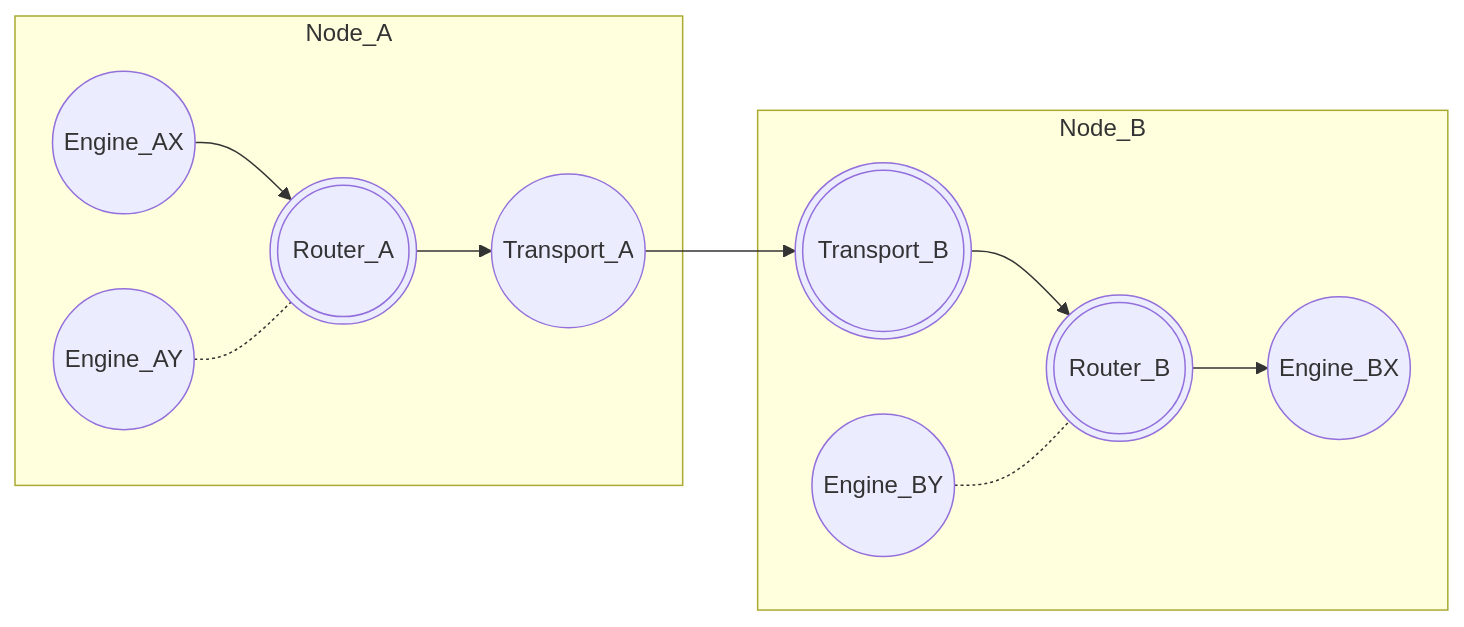
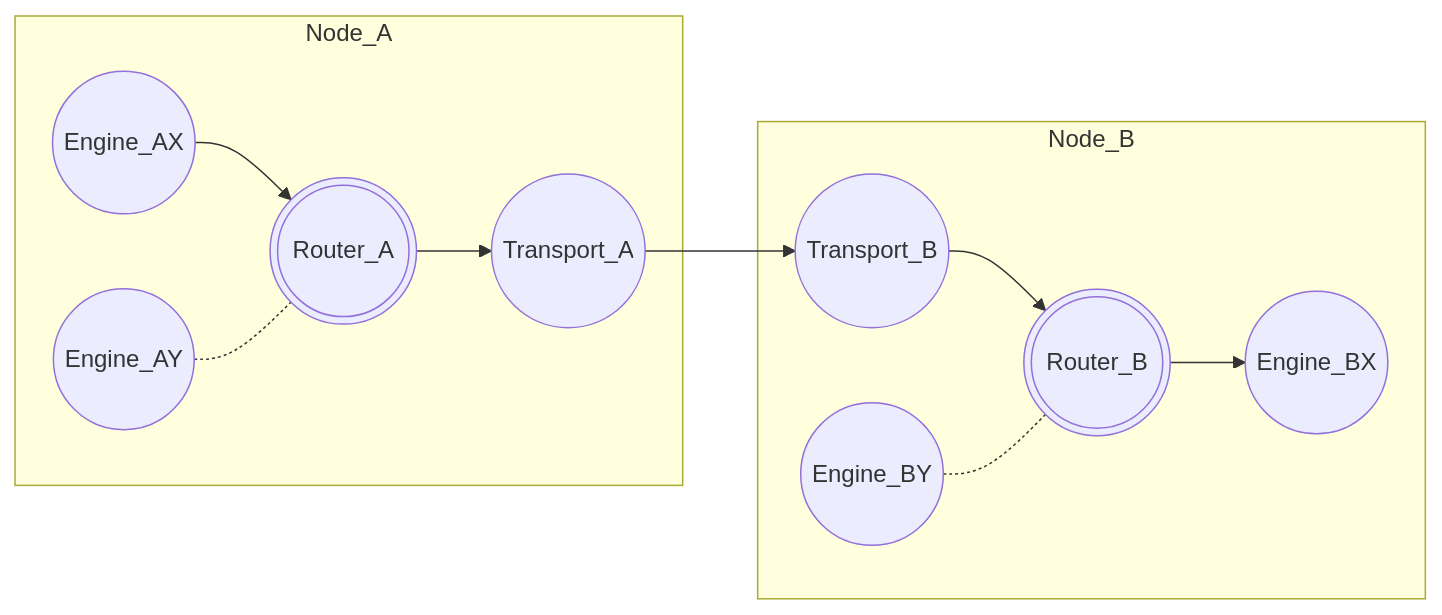
The second of 4 diagrams in tg-x/network-architecture.md (anoma/anoma-blog), drawn with Mermaid before and after one commit. The commit also changed other lines of this file, not shown here.

Commit message:
network architecture

````diff
--- a/tg-x/network-architecture.md
+++ b/tg-x/network-architecture.md
@@ -66,26 +66,26 @@
 ```mermaid
 flowchart LR
 
 subgraph NA[Node_A]
   AT((Transport_A))
   AR(((Router_A)))
   AX((Engine_AX))
   AY((Engine_AY))
 
   AX --> AR --> AT
   AY -.- AR
 
 end
 
 AT --> BT
 
 subgraph NB[Node_B]
-  BT(((Transport_B)))
+  BT((Transport_B))
   BR(((Router_B)))
   BX((Engine_BX))
   BY((Engine_BY))
 
   BT --> BR --> BX
   BY -.- BR
 end
 ```
````
